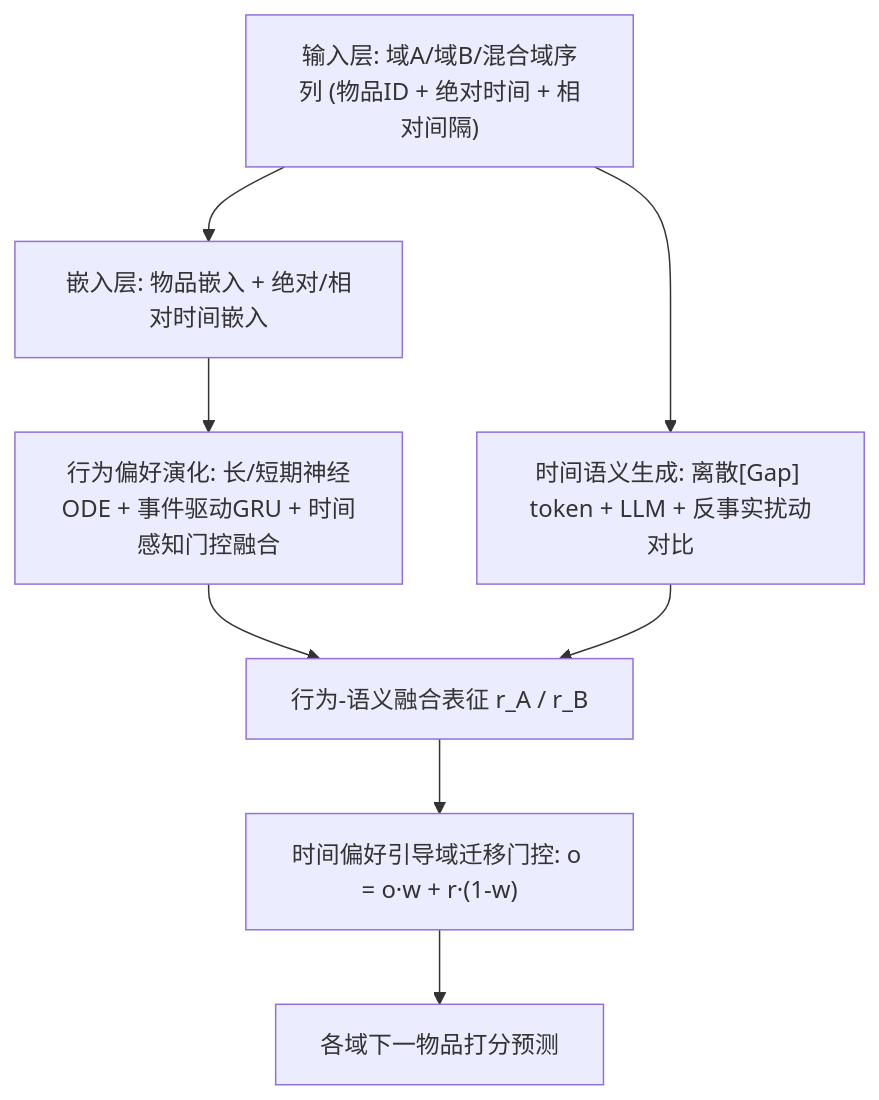
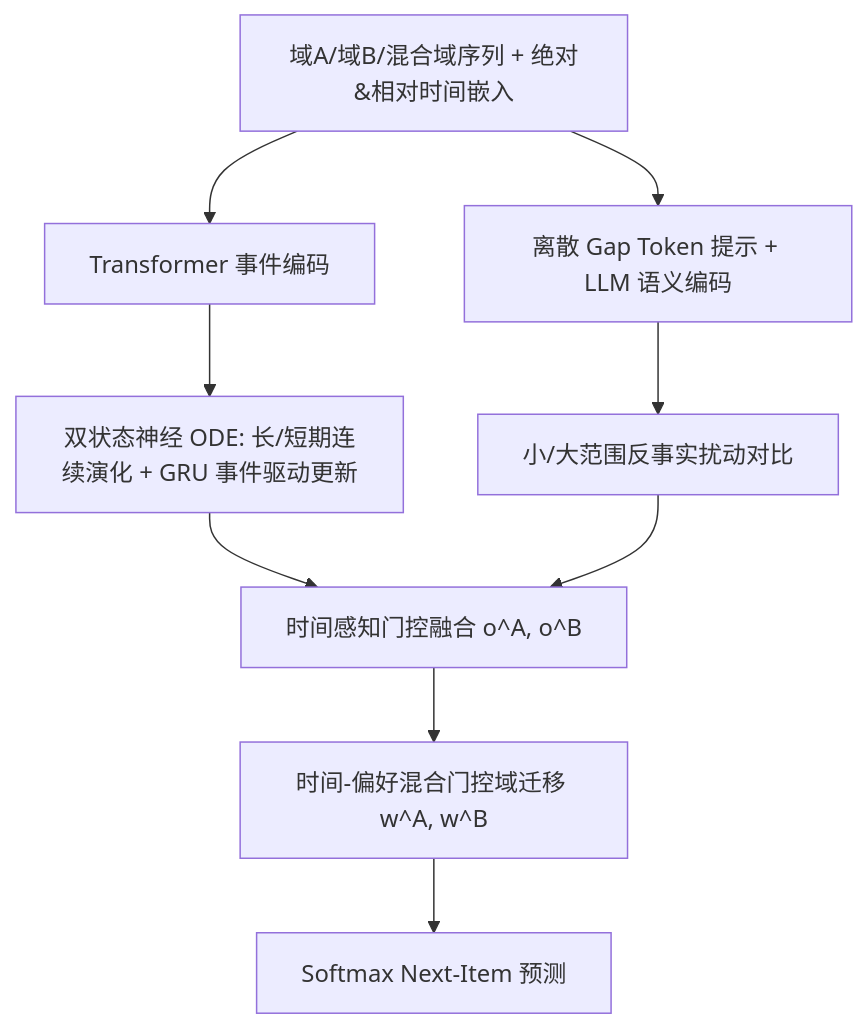
One commit to jbdcia321vw/Paper-Notes changed the diagram in docs/venues/SIGIR/2026/cross_domain_multi_scenario/bridging_behavior_and_semantics_for_time_aware_cross_domain_sequential_reco.md. Above: the diagram before and after it, drawn with Mermaid. The commit also changed other lines of this file and 1119 other files, not shown here.

````diff
--- a/docs/venues/SIGIR/2026/cross_domain_multi_scenario/bridging_behavior_and_semantics_for_time_aware_cross_domain_sequential_reco.md
+++ b/docs/venues/SIGIR/2026/cross_domain_multi_scenario/bridging_behavior_and_semantics_for_time_aware_cross_domain_sequential_reco.md
@@ -64,10 +52,11 @@
 ```mermaid
 flowchart TD
-    A["输入层: 域A/域B/混合域序列 (物品ID + 绝对时间 + 相对间隔)"] --> B["嵌入层: 物品嵌入 + 绝对/相对时间嵌入"]
-    B --> C["行为偏好演化: 长/短期神经ODE + 事件驱动GRU + 时间感知门控融合"]
-    A --> D["时间语义生成: 离散[Gap] token + LLM + 反事实扰动对比"]
-    C --> E["行为-语义融合表征 r_A / r_B"]
-    D --> E
-    E --> F["时间偏好引导域迁移门控: o = o·w + r·(1-w)"]
-    F --> G["各域下一物品打分预测"]
+    A["域A/域B/混合域序列 + 绝对&相对时间嵌入"] --> B["Transformer 事件编码"]
+    B --> C["双状态神经 ODE: 长/短期连续演化 + GRU 事件驱动更新"]
+    A --> D["离散 Gap Token 提示 + LLM 语义编码"]
+    D --> E["小/大范围反事实扰动对比"]
+    C --> F["时间感知门控融合 o^A, o^B"]
+    E --> F
+    F --> G["时间-偏好混合门控域迁移 w^A, w^B"]
+    G --> H["Softmax Next-Item 预测"]
 ```
````
